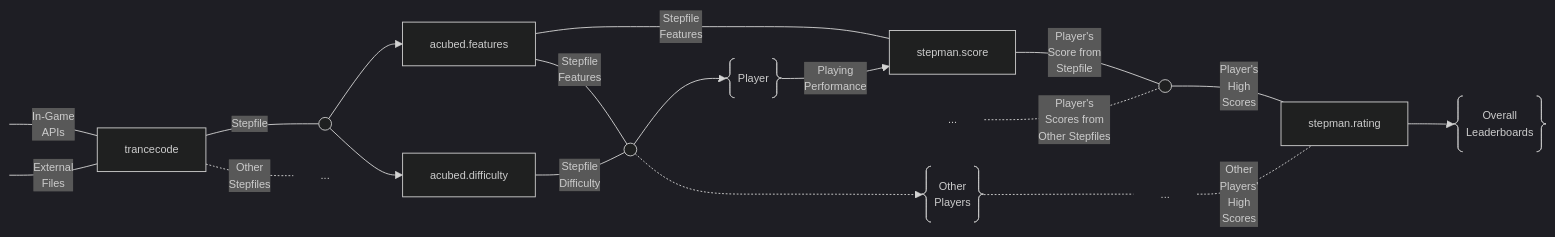
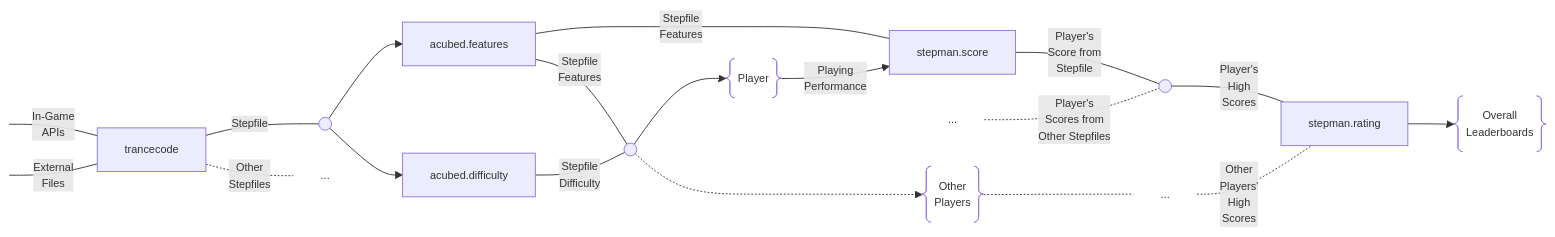
One commit to stepmanai/.github changed the diagram in profile/README.md. Above: the diagram before and after it, drawn with Mermaid.

````diff
--- a/profile/README.md
+++ b/profile/README.md
@@ -68,65 +68,64 @@
 ```mermaid
 %%{
   init: {
-    'theme': 'dark',
     'themeVariables': {
       'fontFamily': 'courier',
       'fontSize': '12px'
     }
   }
 }%%
 
 flowchart LR
 
 D1 ---|Player's
 Score from
 Stepfile| R@{shape: sm-circ} ---|Player's
 High
 Scores| D
 
 D3["..."] -.-|Player's
 Scores from
 Other Stepfiles| R;
 
 F2 -.-> H@{shape: braces, label: "Other
 Players"} -.- D2["..."]
 
 D@{ label: "stepman.rating" } --> G@{shape: braces, label: "Overall
 Leaderboards"};
 C@{ label: "acubed.features" }---|"Stepfile
 Features"|F2@{shape: sm-circ} -->F;
 B ---|Stepfile| P@{shape: sm-circ} --> C;
 P --> C1@{ label: "acubed.difficulty" }---|"Stepfile
 Difficulty"|F2@{shape: sm-circ}
 
 C---|"Stepfile
 Features"|D1
 
 A4[ ]---|"In-Game
 APIs"|B;
 A1[ ]---|"External
 Files"|B@{label: "trancecode" };
 
 B -.-|Other
 Stepfiles| D4["..."];
 
 F@{shape: braces, label: "Player"} -->|Playing
 Performance|D1@{ label: "stepman.score" };
 
 D2-.-|Other 
 Players'
 High
 Scores|D;
 
 click B "https://github.com/stepmanai/trancecode";
 click C "https://github.com/stepmanai/acubed";
 click C1 "https://github.com/stepmanai/acubed";
 click D1 "https://github.com/stepmanai/stepman";
 click D "https://github.com/stepmanai/stepman";
 style A1 height:0px;
 style A4 height:0px;
 style D2 height:0px;
 style D3 height:0px;
 style D4 height:0px;
 
 ``` 
````
